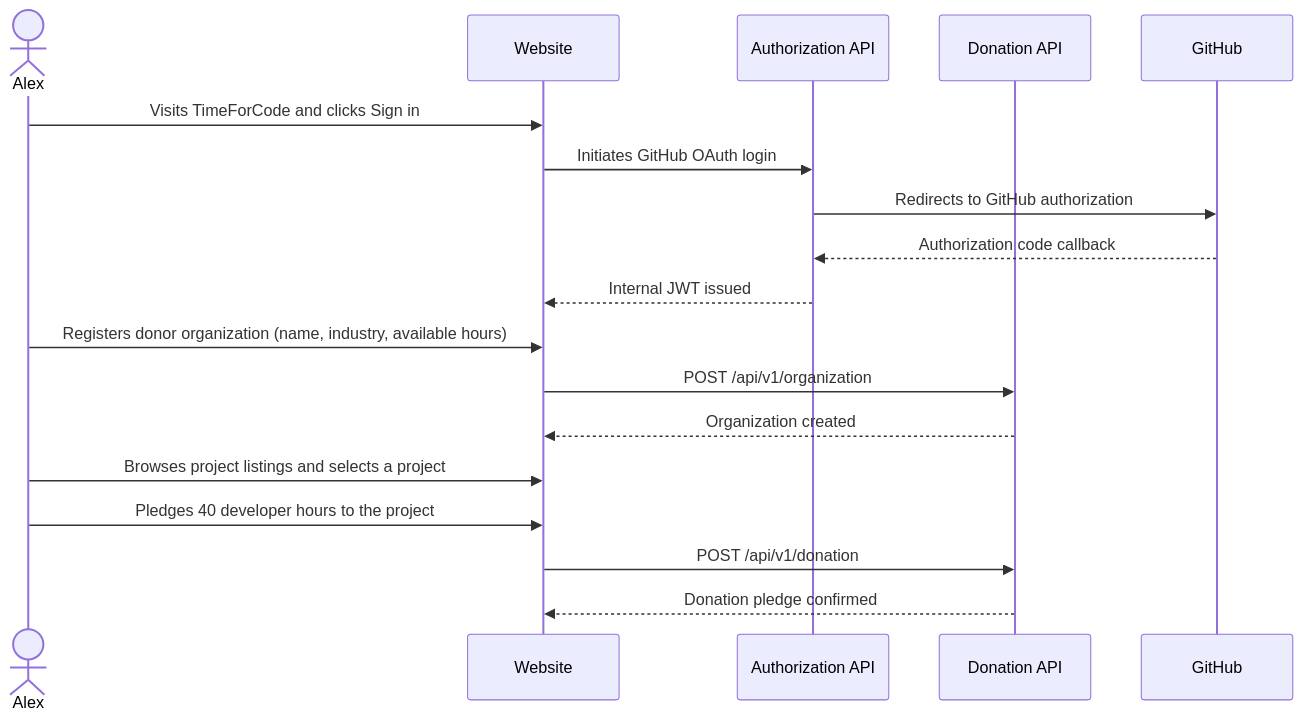
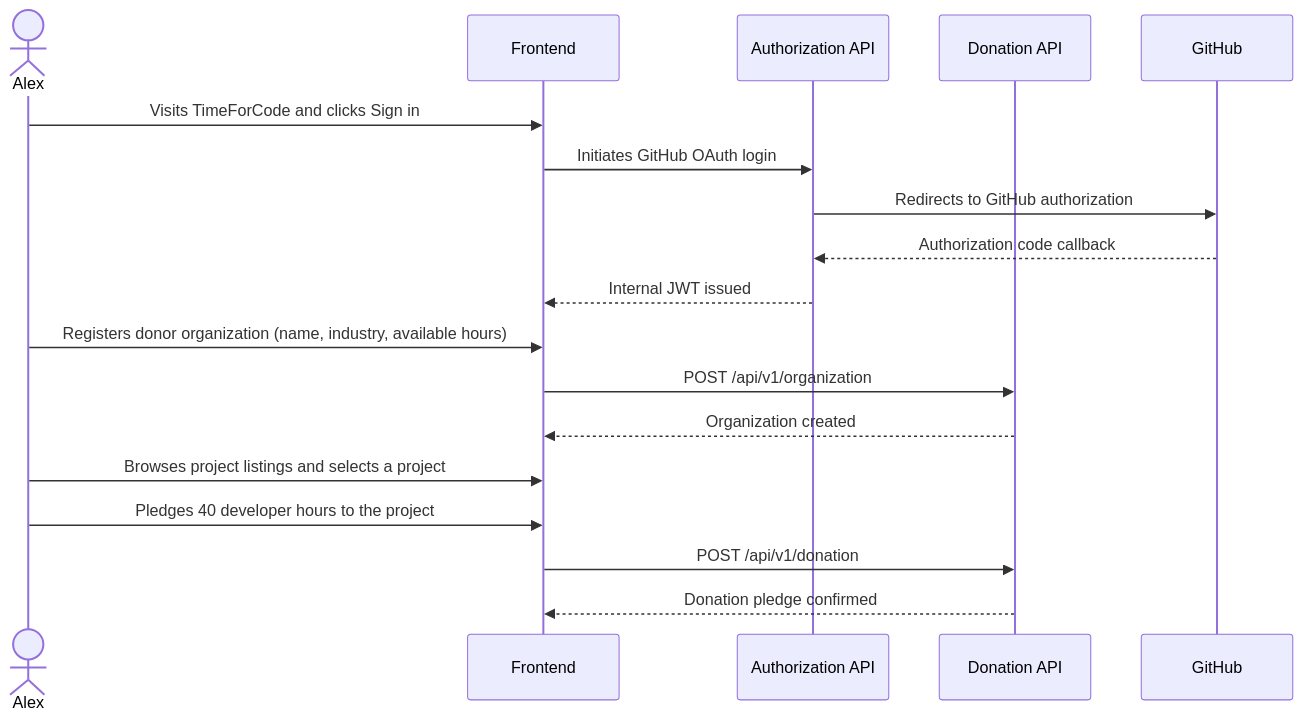
One commit to wouterfennis/TimeForCode changed the first of 5 diagrams in docs/target/personas-and-journeys.md. Above: the diagram before and after it, drawn with Mermaid. The commit also changed other lines of this file and 142 other files, not shown here.

````diff
--- a/docs/target/personas-and-journeys.md
+++ b/docs/target/personas-and-journeys.md
@@ -45,21 +45,21 @@
 ```mermaid
 sequenceDiagram
     actor Alex
-    participant Website
+    participant Frontend
     participant AuthAPI as Authorization API
     participant DonationAPI as Donation API
     participant GitHub
 
-    Alex->>Website: Visits TimeForCode and clicks Sign in
-    Website->>AuthAPI: Initiates GitHub OAuth login
+    Alex->>Frontend: Visits TimeForCode and clicks Sign in
+    Frontend->>AuthAPI: Initiates GitHub OAuth login
     AuthAPI->>GitHub: Redirects to GitHub authorization
     GitHub-->>AuthAPI: Authorization code callback
-    AuthAPI-->>Website: Internal JWT issued
-    Alex->>Website: Registers donor organization (name, industry, available hours)
-    Website->>DonationAPI: POST /api/v1/organization
-    DonationAPI-->>Website: Organization created
-    Alex->>Website: Browses project listings and selects a project
-    Alex->>Website: Pledges 40 developer hours to the project
-    Website->>DonationAPI: POST /api/v1/donation
-    DonationAPI-->>Website: Donation pledge confirmed
+    AuthAPI-->>Frontend: Internal JWT issued
+    Alex->>Frontend: Registers donor organization (name, industry, available hours)
+    Frontend->>DonationAPI: POST /api/v1/organization
+    DonationAPI-->>Frontend: Organization created
+    Alex->>Frontend: Browses project listings and selects a project
+    Alex->>Frontend: Pledges 40 developer hours to the project
+    Frontend->>DonationAPI: POST /api/v1/donation
+    DonationAPI-->>Frontend: Donation pledge confirmed
 ```
````
